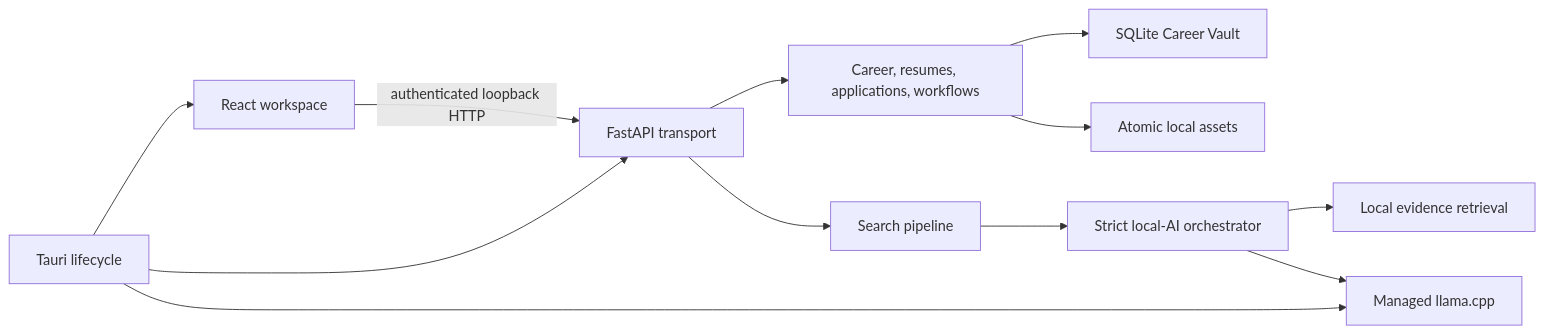
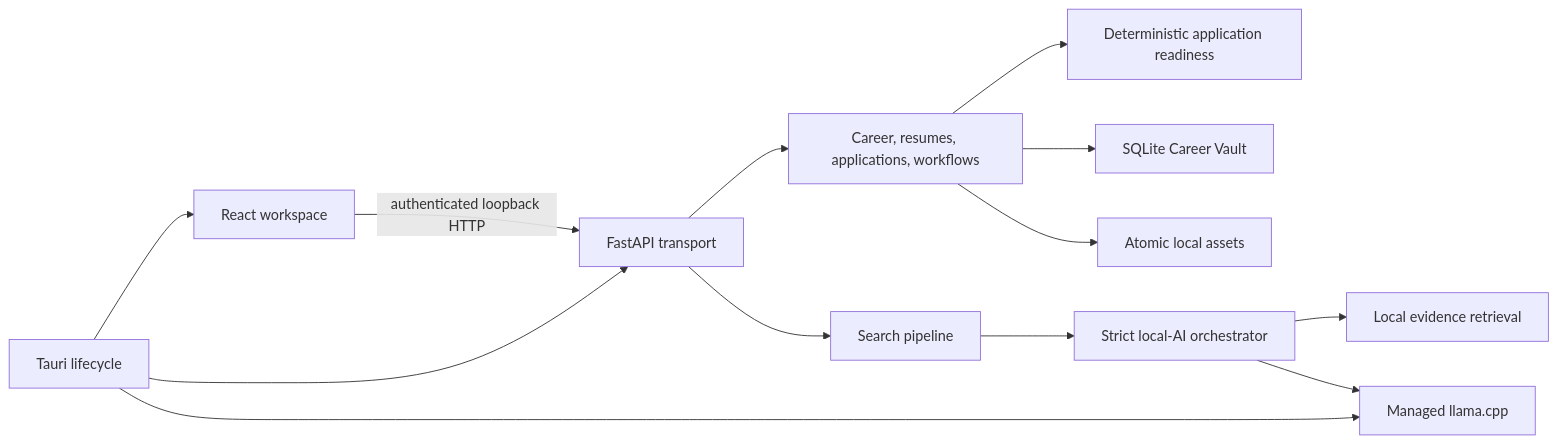
Before and after one commit to ejupi-djenis30/careeros-local: the diagram in docs/architecture.md, drawn with Mermaid. The commit also changed other lines of this file and 56 other files, not shown here.

Commit message:
feat: add deterministic application readiness

````diff
--- a/docs/architecture.md
+++ b/docs/architecture.md
@@ -5,14 +5,15 @@
 ```mermaid
 flowchart LR
   UI["React workspace"] -->|"authenticated loopback HTTP"| API["FastAPI transport"]
   API --> DOMAIN["Career, resumes, applications, workflows"]
+  DOMAIN --> READY["Deterministic application readiness"]
   DOMAIN --> DB["SQLite Career Vault"]
   DOMAIN --> FILES["Atomic local assets"]
   API --> SEARCH["Search pipeline"]
   SEARCH --> AI["Strict local-AI orchestrator"]
   AI --> RETRIEVAL["Local evidence retrieval"]
   AI --> RUNTIME["Managed llama.cpp"]
   SHELL["Tauri lifecycle"] --> UI
   SHELL --> API
   SHELL --> RUNTIME
 ```
````
